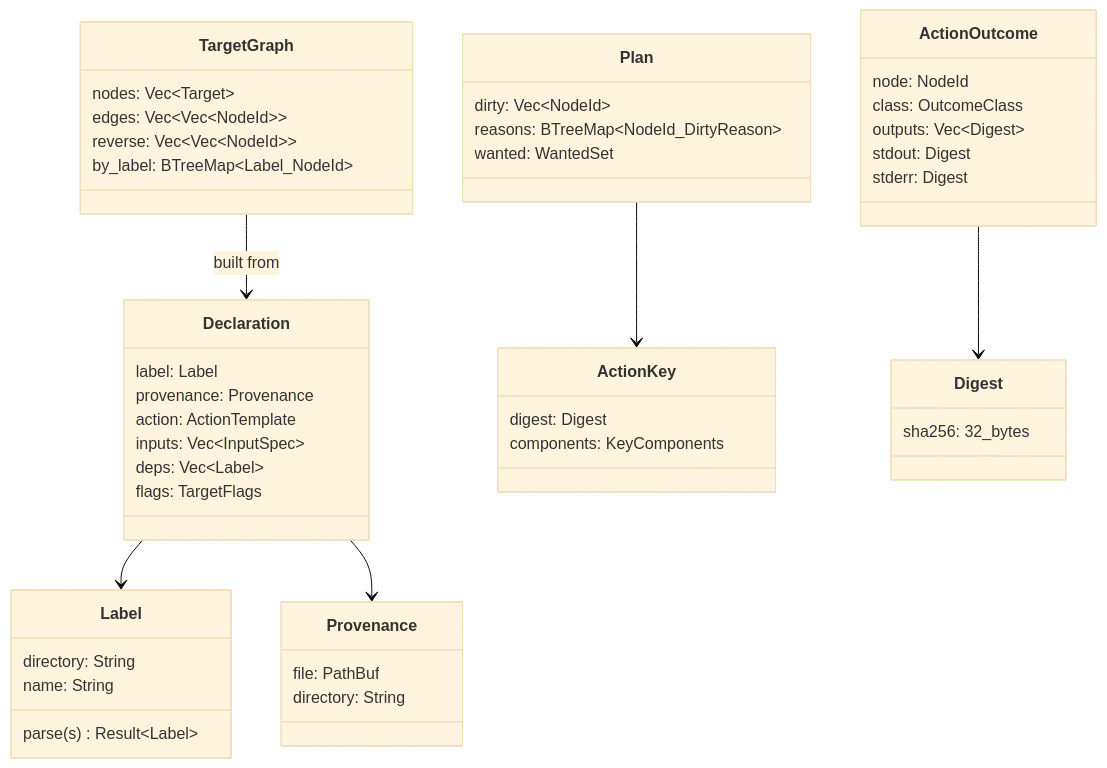
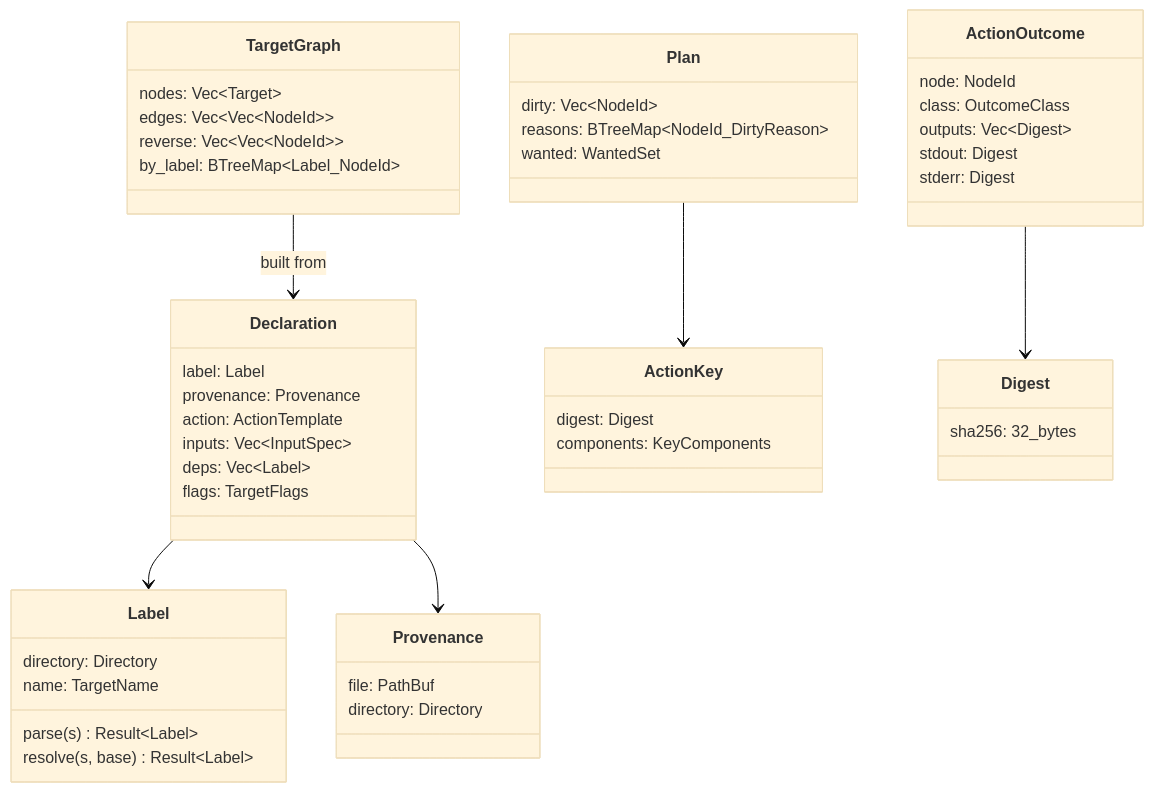
Before and after one commit to airsstack/buildl: the second of 3 diagrams in docs/architecture.md, drawn with Mermaid (base theme). The commit also changed other lines of this file and 42 other files, not shown here.

````diff
--- a/docs/architecture.md
+++ b/docs/architecture.md
@@ -48,51 +48,52 @@
 ```mermaid
 %% Core type relationships
 classDiagram
     class Label {
-        directory: String
-        name: String
+        directory: Directory
+        name: TargetName
         parse(s) Result~Label~
+        resolve(s, base) Result~Label~
     }
     class Provenance {
         file: PathBuf
-        directory: String
+        directory: Directory
     }
     class Declaration {
         label: Label
         provenance: Provenance
         action: ActionTemplate
         inputs: Vec~InputSpec~
         deps: Vec~Label~
         flags: TargetFlags
     }
     class TargetGraph {
         nodes: Vec~Target~
         edges: Vec~Vec~NodeId~~
         reverse: Vec~Vec~NodeId~~
         by_label: BTreeMap~Label_NodeId~
     }
     class ActionKey {
         digest: Digest
         components: KeyComponents
     }
     class Digest {
         sha256: 32_bytes
     }
     class Plan {
         dirty: Vec~NodeId~
         reasons: BTreeMap~NodeId_DirtyReason~
         wanted: WantedSet
     }
     class ActionOutcome {
         node: NodeId
         class: OutcomeClass
         outputs: Vec~Digest~
         stdout: Digest
         stderr: Digest
     }
     Declaration --> Label
     Declaration --> Provenance
     TargetGraph --> Declaration : built from
     Plan --> ActionKey
     ActionOutcome --> Digest
 ```
````
